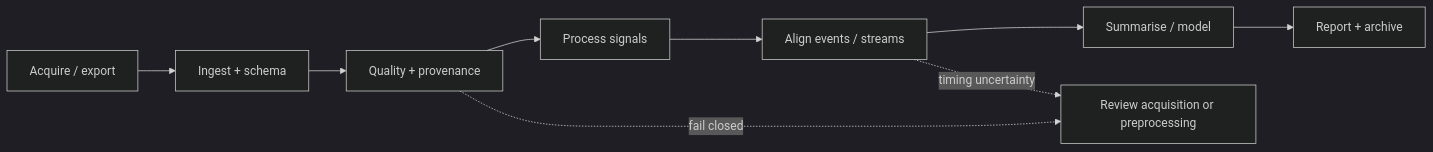
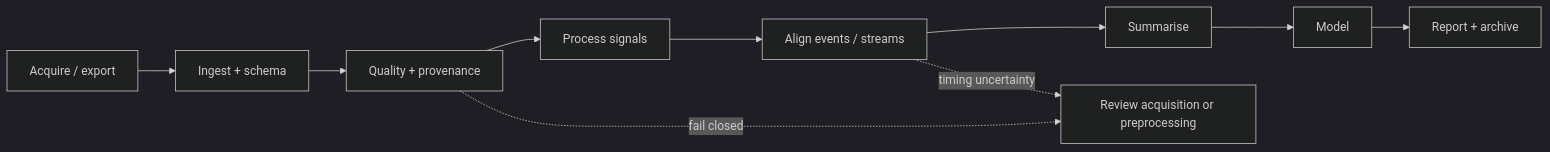
Before and after one commit to stefanosbalaskas/gpbiometricspy: the diagram in docs/start-here.md, drawn with Mermaid (dark theme). The commit also changed other lines of this file and 5 other files, not shown here.

````diff
--- a/docs/start-here.md
+++ b/docs/start-here.md
@@ -68,11 +80,12 @@
 ```mermaid
 graph LR
   A[Acquire / export] --> B[Ingest + schema]
   B --> C[Quality + provenance]
   C --> D[Process signals]
   D --> E[Align events / streams]
-  E --> F[Summarise / model]
-  F --> G[Report + archive]
-  C -. fail closed .-> H[Review acquisition or preprocessing]
-  E -. timing uncertainty .-> H
+  E --> F[Summarise]
+  F --> G[Model]
+  G --> H[Report + archive]
+  C -. fail closed .-> I[Review acquisition or preprocessing]
+  E -. timing uncertainty .-> I
 ```
````
